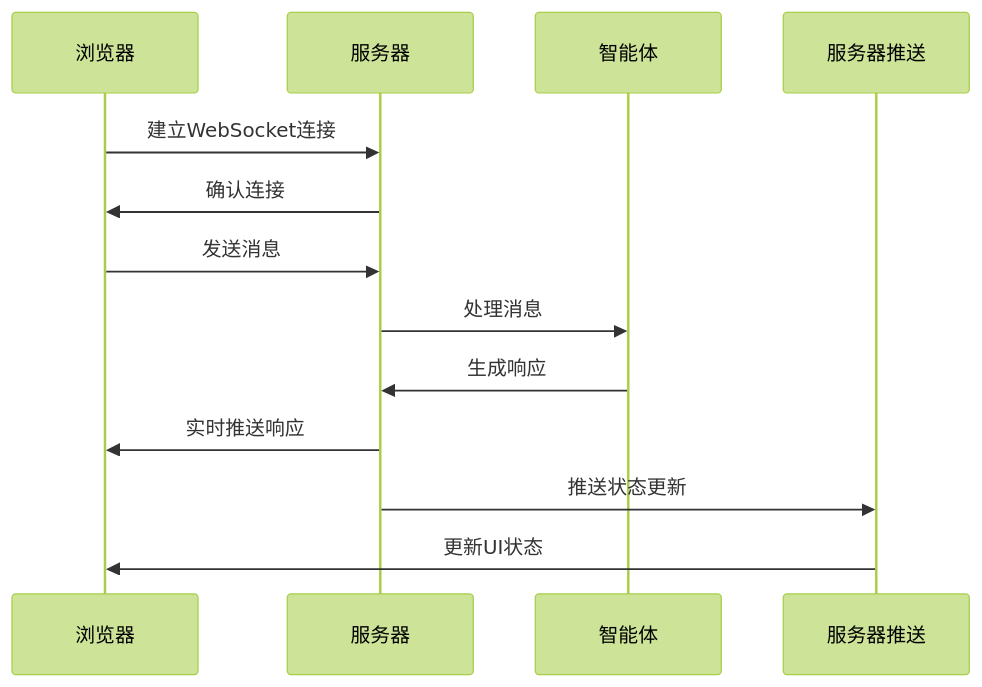
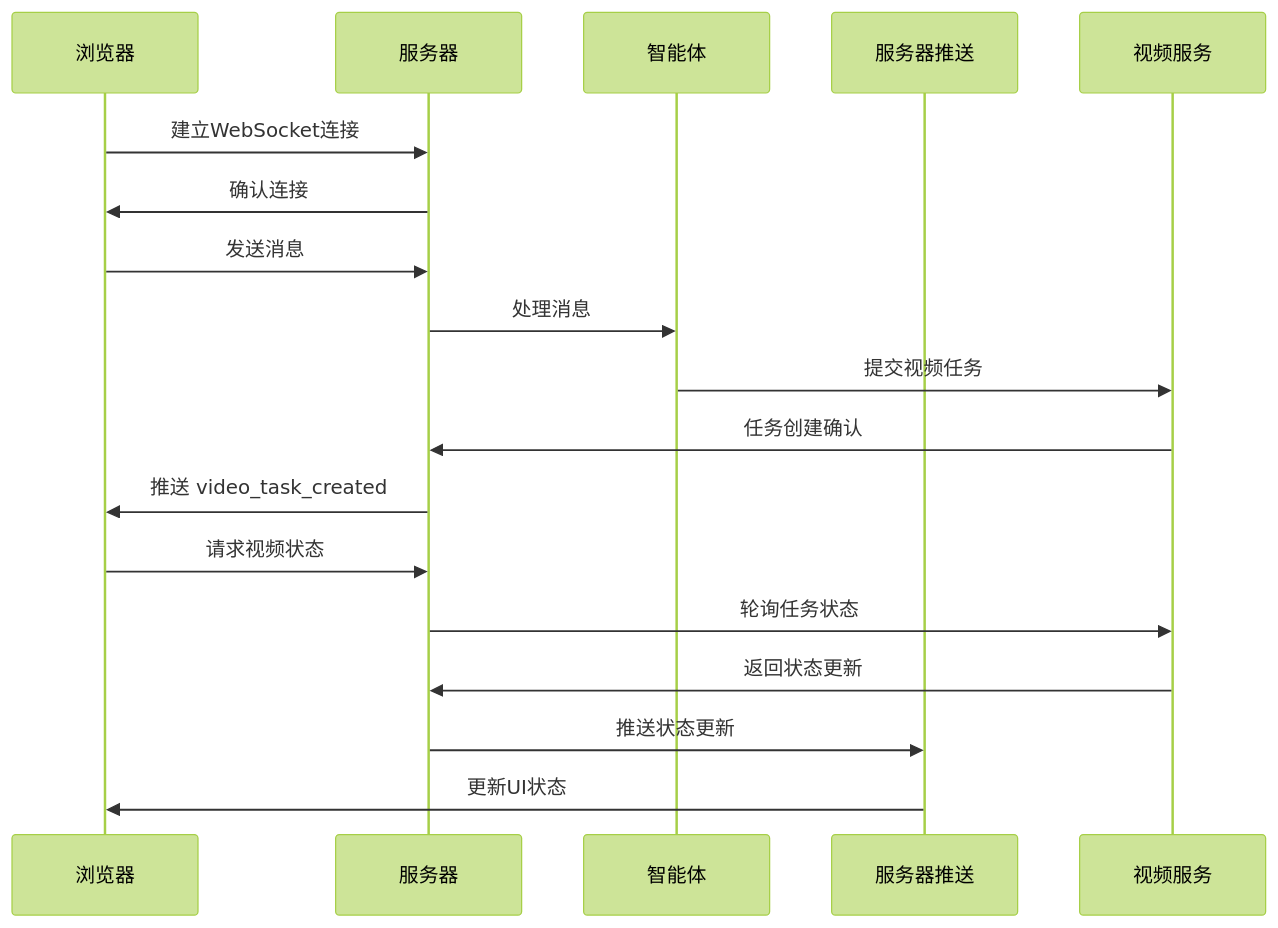
Before and after one commit to KunLabAI/KunFlix: the ninth of 15 diagrams in .qoder/repowiki/zh/content/前端应用架构/状态管理/Zustand Store 设计/增强的AI助手存储.md, drawn with Mermaid (forest theme). The commit also changed other lines of this file and 29 other files, not shown here.

````diff
--- a/.qoder/repowiki/zh/content/前端应用架构/状态管理/Zustand Store 设计/增强的AI助手存储.md
+++ b/.qoder/repowiki/zh/content/前端应用架构/状态管理/Zustand Store 设计/增强的AI助手存储.md
@@ -347,15 +428,20 @@
 ```mermaid
 sequenceDiagram
 participant Browser as 浏览器
 participant Server as 服务器
 participant Agent as 智能体
 participant SSE as 服务器推送
+participant VideoService as 视频服务
 Browser->>Server : 建立WebSocket连接
 Server->>Browser : 确认连接
 Browser->>Server : 发送消息
 Server->>Agent : 处理消息
-Agent->>Server : 生成响应
-Server->>Browser : 实时推送响应
+Agent->>VideoService : 提交视频任务
+VideoService->>Server : 任务创建确认
+Server->>Browser : 推送 video_task_created
+Browser->>Server : 请求视频状态
+Server->>VideoService : 轮询任务状态
+VideoService->>Server : 返回状态更新
 Server->>SSE : 推送状态更新
 SSE->>Browser : 更新UI状态
 ```
````
